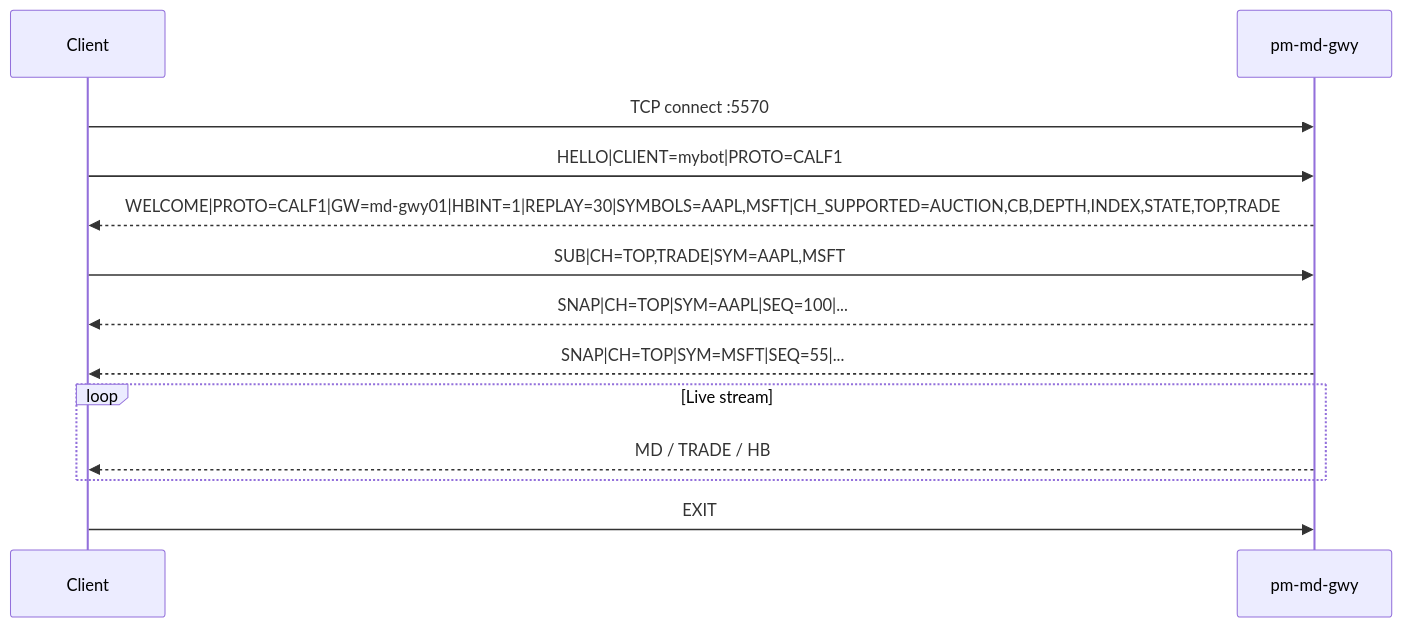
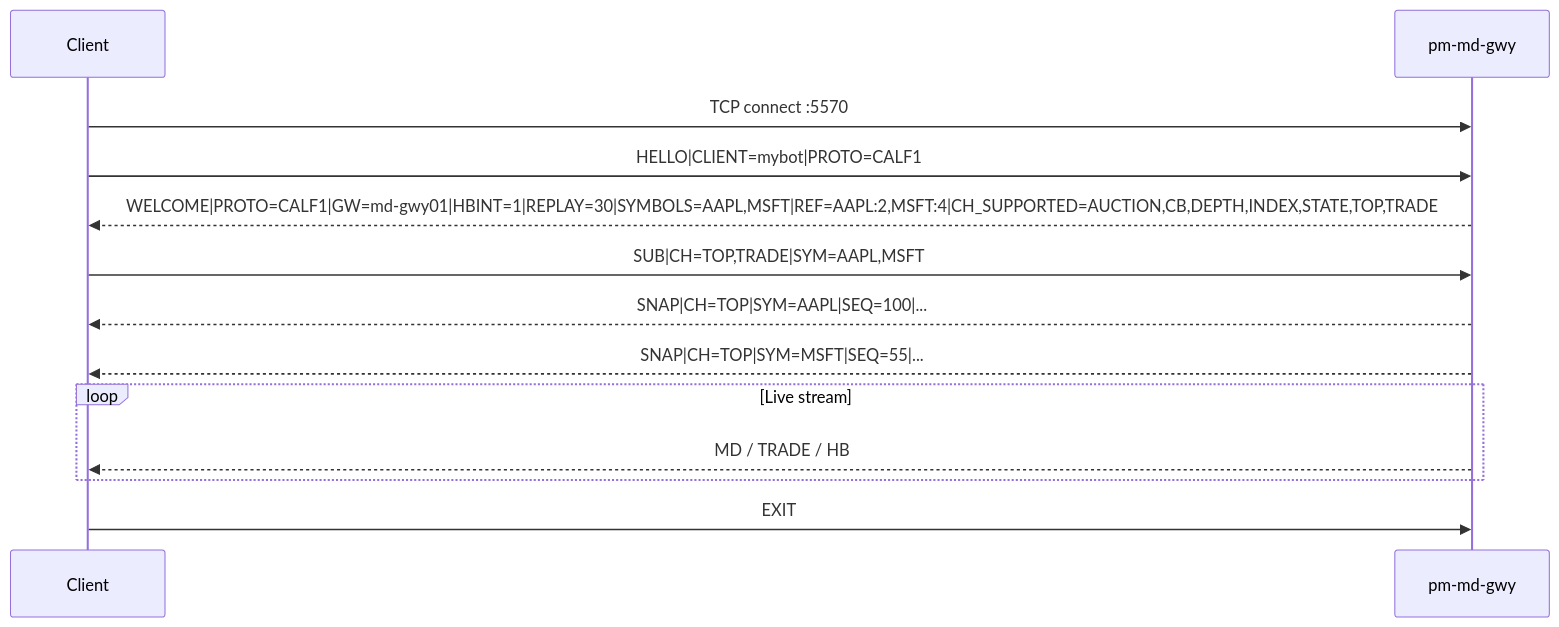
The second of 3 diagrams in docs/user-guide/240-calf-gateway.md (johan162/EduMatcher), drawn with Mermaid before and after one commit. The commit also changed other lines of this file and 52 other files, not shown here.

````diff
--- a/docs/user-guide/240-calf-gateway.md
+++ b/docs/user-guide/240-calf-gateway.md
@@ -686,16 +692,16 @@
 ```mermaid
 sequenceDiagram
     participant C as Client
     participant G as pm-md-gwy
 
     C->>G: TCP connect :5570
     C->>G: HELLO|CLIENT=mybot|PROTO=CALF1
-    G-->>C: WELCOME|PROTO=CALF1|GW=md-gwy01|HBINT=1|REPLAY=30|SYMBOLS=AAPL,MSFT|CH_SUPPORTED=AUCTION,CB,DEPTH,INDEX,STATE,TOP,TRADE
+    G-->>C: WELCOME|PROTO=CALF1|GW=md-gwy01|HBINT=1|REPLAY=30|SYMBOLS=AAPL,MSFT|REF=AAPL:2,MSFT:4|CH_SUPPORTED=AUCTION,CB,DEPTH,INDEX,STATE,TOP,TRADE
     C->>G: SUB|CH=TOP,TRADE|SYM=AAPL,MSFT
     G-->>C: SNAP|CH=TOP|SYM=AAPL|SEQ=100|...
     G-->>C: SNAP|CH=TOP|SYM=MSFT|SEQ=55|...
     loop Live stream
         G-->>C: MD / TRADE / HB
     end
     C->>G: EXIT
 ```
````
